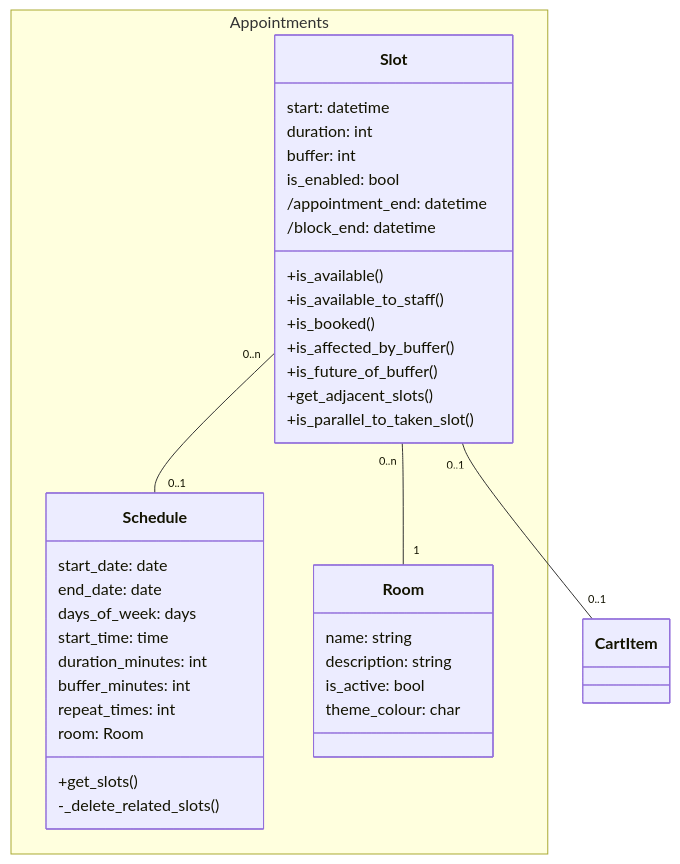
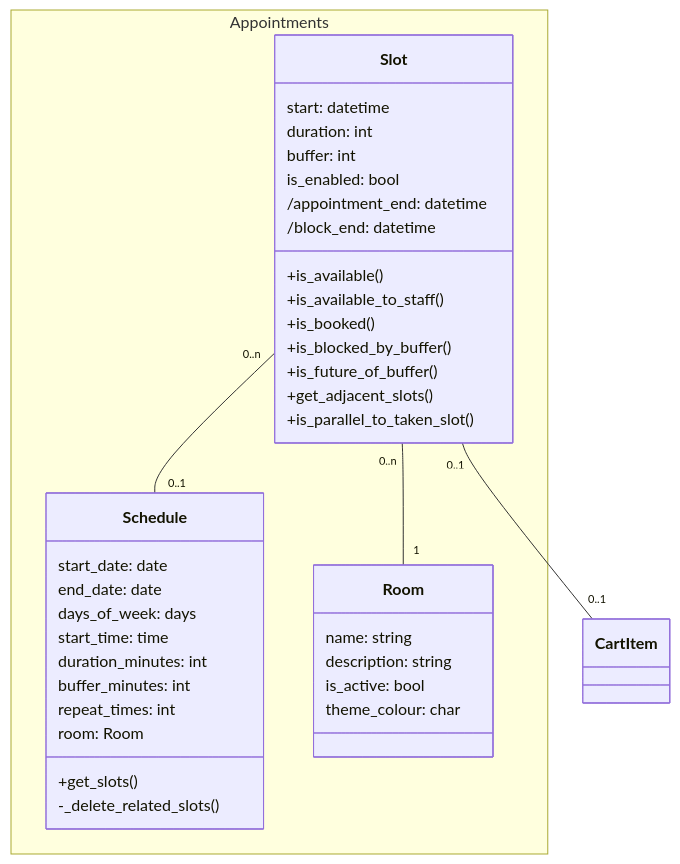
Before and after one commit to aadrm/escape-room-booking: the diagram in src/apps/appointments/models/MODELS.md, drawn with Mermaid. The commit also changed 12 other files, not shown here.

````diff
--- a/src/apps/appointments/models/MODELS.md
+++ b/src/apps/appointments/models/MODELS.md
@@ -1,54 +1,54 @@
 ``` mermaid
 classDiagram
 
     namespace Appointments {
         class Slot
         class Schedule
         class Room
     }
     class CartItem
 
 
     Slot "0..n" -- "0..1" Schedule
     Slot "0..n" -- "1" Room
     Slot "0..1" -- "0..1" CartItem
 
     class Room {
         name: string
         description: string
         is_active: bool
         theme_colour: char
     }
 
     class Schedule {
         start_date: date
         end_date: date
         days_of_week: days
         start_time: time
         duration_minutes: int
         buffer_minutes: int
         repeat_times: int
         room: Room
 
         +get_slots()
         -_delete_related_slots()
     }
 
     class Slot {
         start: datetime
         duration: int
         buffer: int
         is_enabled: bool
         /appointment_end: datetime
         /block_end: datetime
         +is_available()
         +is_available_to_staff()
 
         +is_booked()
-        +is_affected_by_buffer()
+        +is_blocked_by_buffer()
         +is_future_of_buffer()
         +get_adjacent_slots()
         +is_parallel_to_taken_slot()
     }
 
 ```
````
